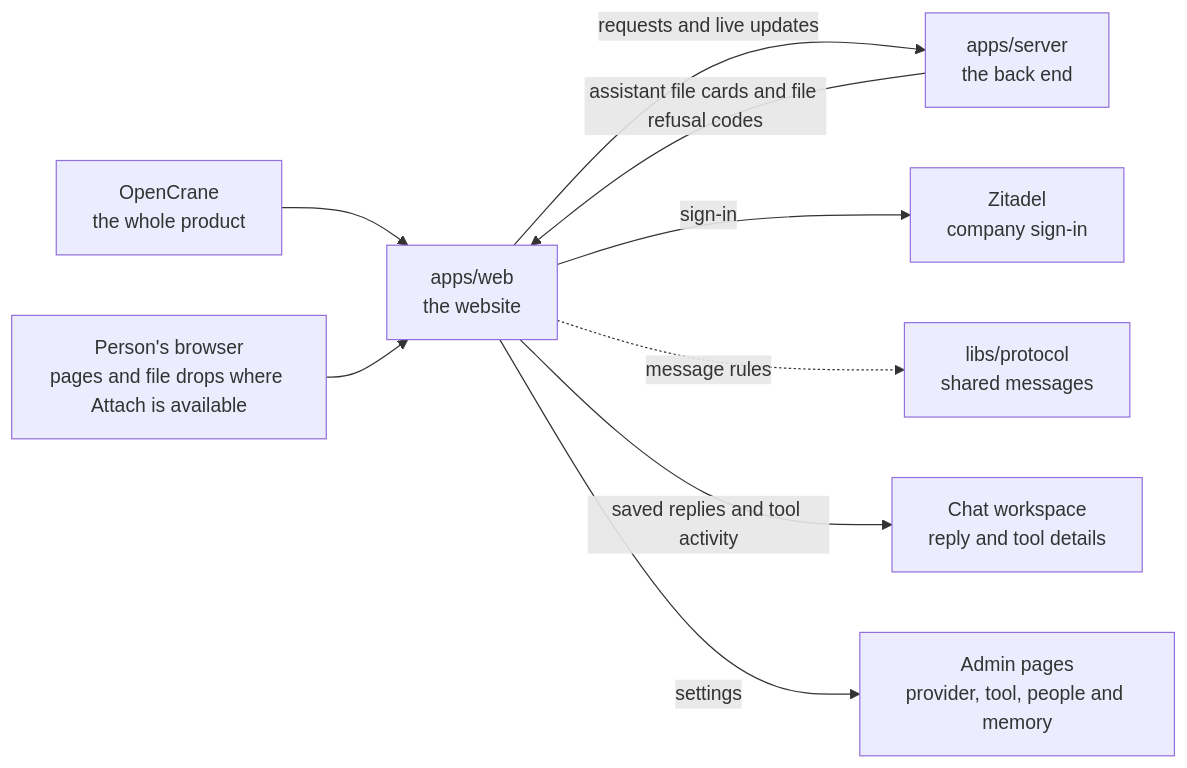
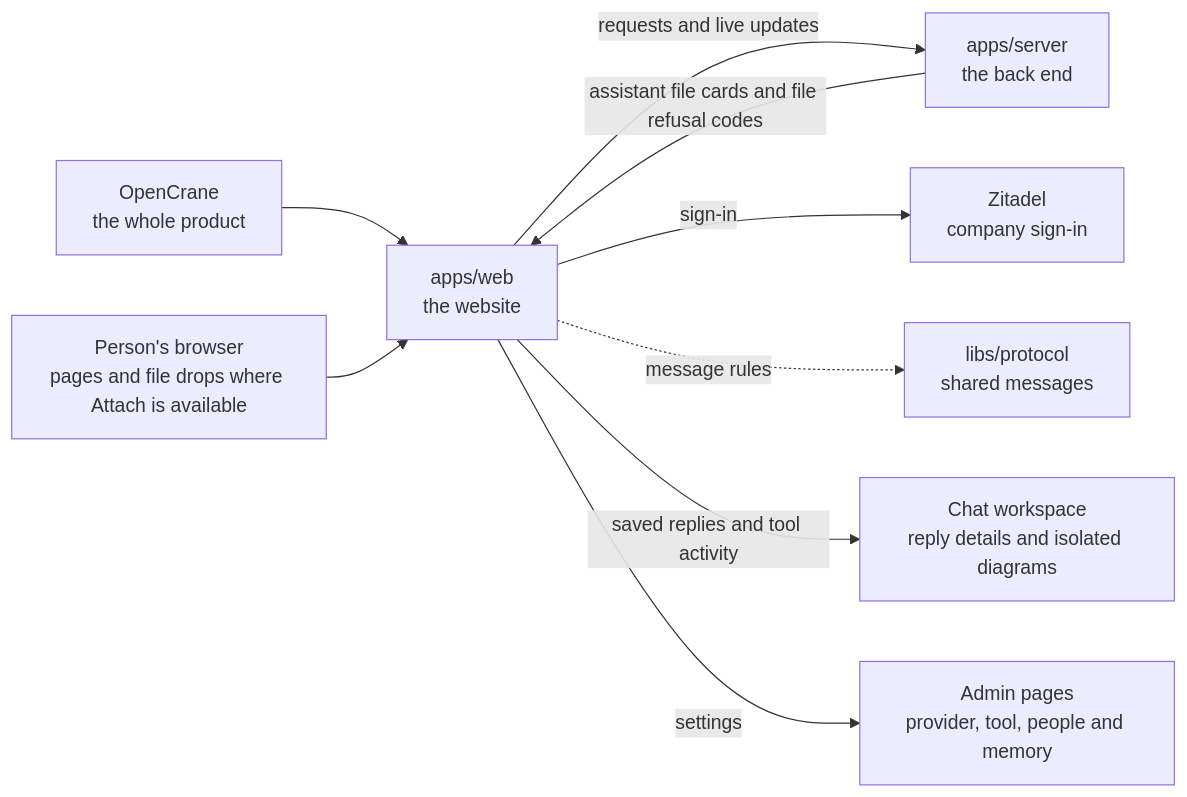
The diagram in apps/web/README.md (elewa-git/opencrane-new), drawn with Mermaid before and after one commit. The commit also changed other lines of this file and 21 other files, not shown here.

Commit message:
🔒 Isolate Mermaid drawing and preserve copyable source fallbacks

````diff
--- a/apps/web/README.md
+++ b/apps/web/README.md
@@ -16,11 +16,11 @@
 ```mermaid
 flowchart LR
   system["OpenCrane<br/>the whole product"] --> web["apps/web<br/>the website"]
   browser["Person's browser<br/>pages and file drops where Attach is available"] --> web
   web -->|requests and live updates| server["apps/server<br/>the back end"]
   server -->|assistant file cards and file refusal codes| web
   web -->|sign-in| zitadel["Zitadel<br/>company sign-in"]
   web -.->|message rules| protocol["libs/protocol<br/>shared messages"]
-  web -->|saved replies and tool activity| capture["Chat workspace<br/>reply and tool details"]
+  web -->|saved replies and tool activity| capture["Chat workspace<br/>reply details and isolated diagrams"]
   web -->|settings| admin["Admin pages<br/>provider, tool, people and memory"]
 ```
````
